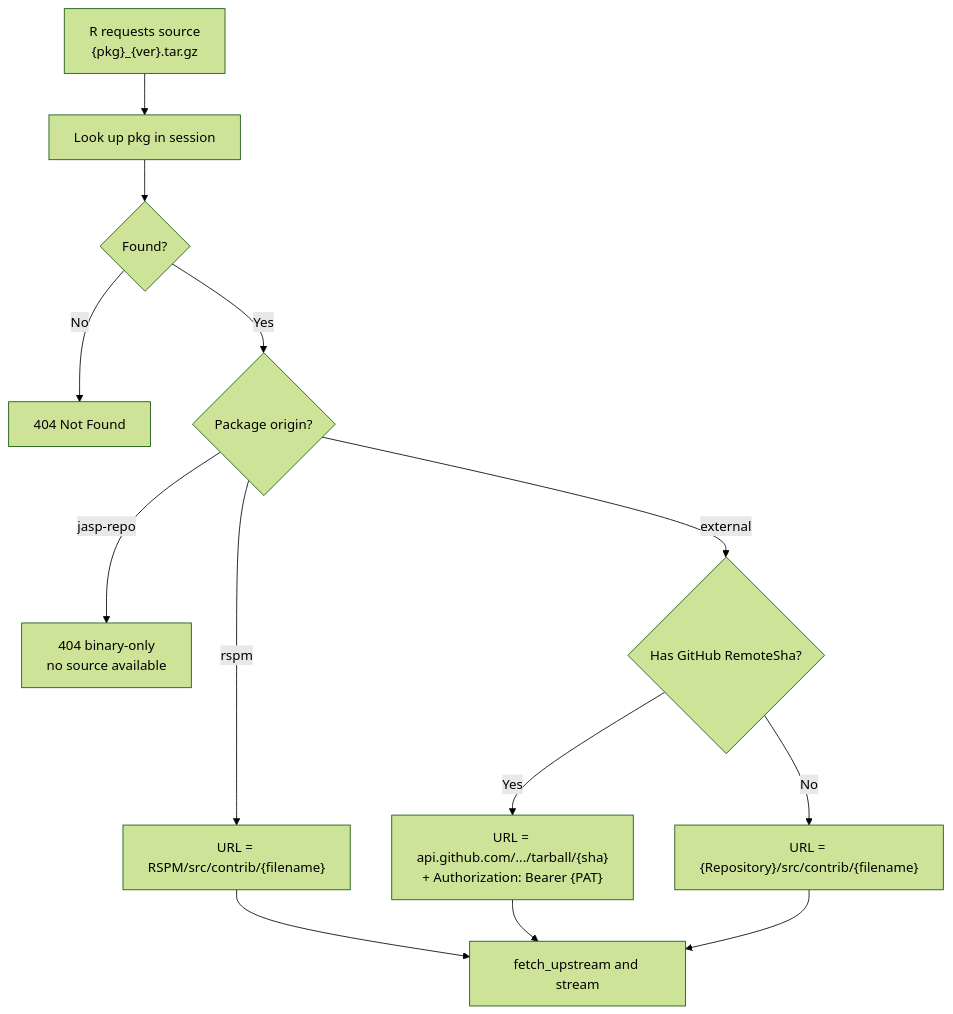
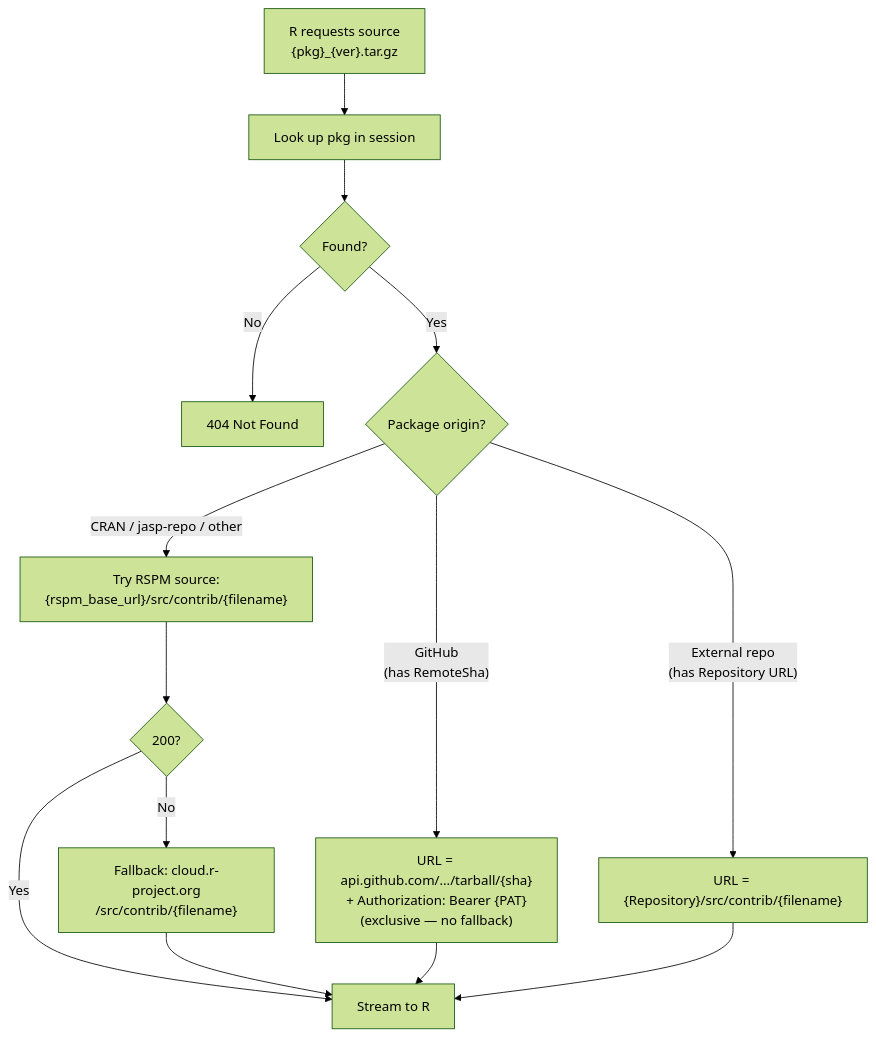
Before and after one commit to jasp-stats/jaspModuleTools: the eighth of 10 diagrams in inst/tools/repo_server.md, drawn with Mermaid (forest theme). The commit also changed other lines of this file and 2 other files, not shown here.

First line of the commit message:
docs: sync SPEC.md and repo_server.md to /prime implementation; build: retry failed binaries as source

````diff
--- a/inst/tools/repo_server.md
+++ b/inst/tools/repo_server.md
@@ -372,17 +387,18 @@
 ```mermaid
 flowchart TD
-    Req["R requests source\n{pkg}_{ver}.tar.gz"] --> Lookup["Look up pkg in session"]
+    Req["R requests source<br>{pkg}_{ver}.tar.gz"] --> Lookup["Look up pkg in session"]
     Lookup --> Found{"Found?"}
     Found -- No --> NF404["404 Not Found"]
     Found -- Yes --> SOrigin{"Package origin?"}
 
-    SOrigin -- rspm --> SUrl["URL = RSPM/src/contrib/{filename}"]
-    SOrigin -- "jasp-repo" --> S404["404 binary-only\nno source available"]
-    SOrigin -- external --> SGit{"Has GitHub RemoteSha?"}
-    SGit -- Yes --> GitUrl["URL = api.github.com/.../tarball/{sha}\n+ Authorization: Bearer {PAT}"]
-    SGit -- No --> RepoUrl["URL = {Repository}/src/contrib/{filename}"]
+    SOrigin -- "GitHub<br>(has RemoteSha)" --> GitUrl["URL = api.github.com/.../tarball/{sha}<br>+ Authorization: Bearer {PAT}<br>(exclusive — no fallback)"]
+    SOrigin -- "External repo<br>(has Repository URL)" --> RepoUrl["URL = {Repository}/src/contrib/{filename}"]
+    SOrigin -- "CRAN / jasp-repo / other" --> CRAN["Try RSPM source:<br>{rspm_base_url}/src/contrib/{filename}"]
+    CRAN --> CRANOk{"200?"}
+    CRANOk -- Yes --> Stream["Stream to R"]
+    CRANOk -- No --> LiveCRAN["Fallback: cloud.r-project.org<br>/src/contrib/{filename}"]
+    LiveCRAN --> Stream
 
-    SUrl --> Stream["fetch_upstream and stream"]
     GitUrl --> Stream
     RepoUrl --> Stream
 ```
````
